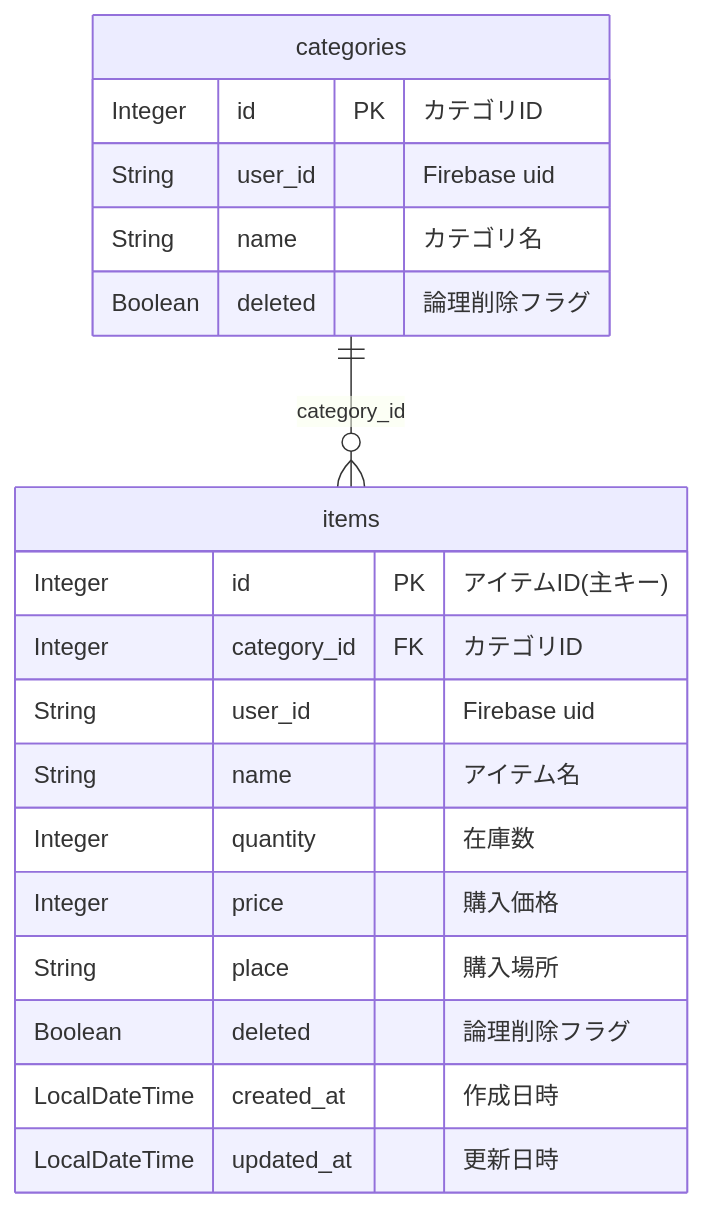
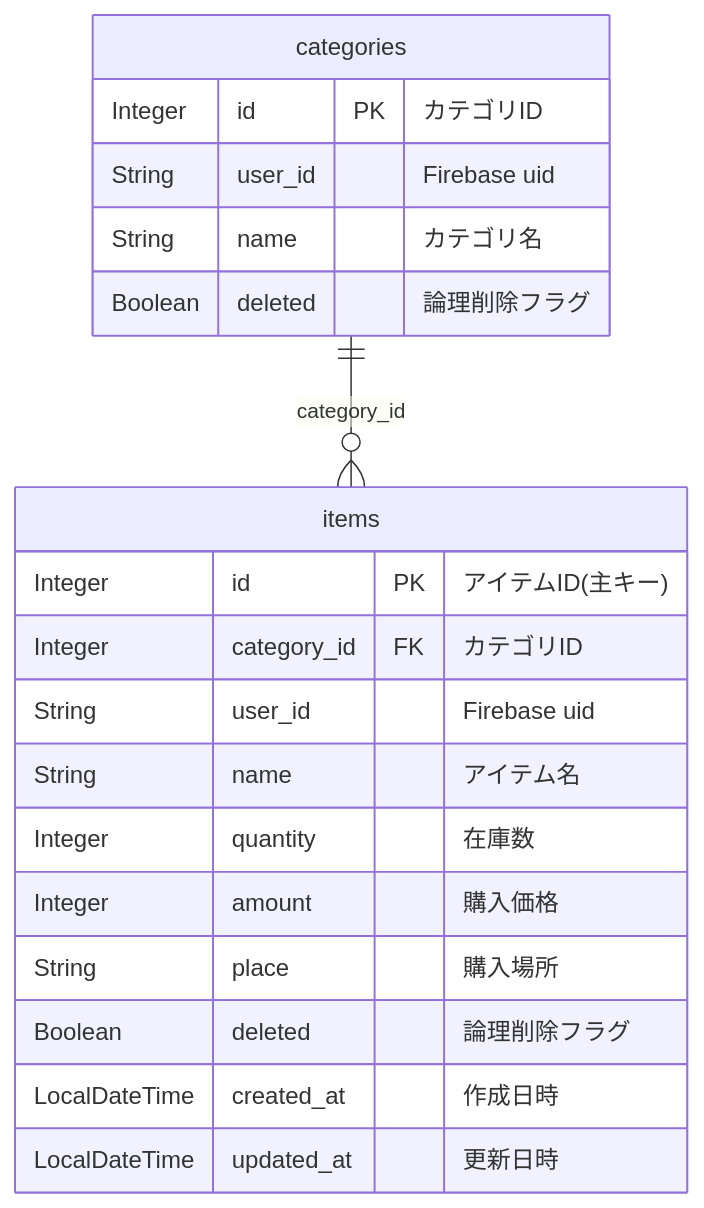
One commit to miki-hayashi-71/inventory-api changed the diagram in doc/er.md. Above: the diagram before and after it, drawn with Mermaid.

````diff
--- a/doc/er.md
+++ b/doc/er.md
@@ -4,25 +4,25 @@
 ```mermaid
 erDiagram
 
 categories {
     Integer id PK "カテゴリID"
     String user_id "Firebase uid"
     String name "カテゴリ名"
     Boolean deleted "論理削除フラグ"
 }
 
 items {
     Integer id PK "アイテムID(主キー)"
     Integer category_id FK "カテゴリID"
     String user_id "Firebase uid"
     String name "アイテム名"
     Integer quantity "在庫数"
-    Integer price "購入価格"
+    Integer amount "購入価格"
     String place "購入場所"
     Boolean deleted "論理削除フラグ"
     LocalDateTime created_at "作成日時"
     LocalDateTime updated_at "更新日時"
 }
 
 categories || --o{ items : category_id
 ```
````
